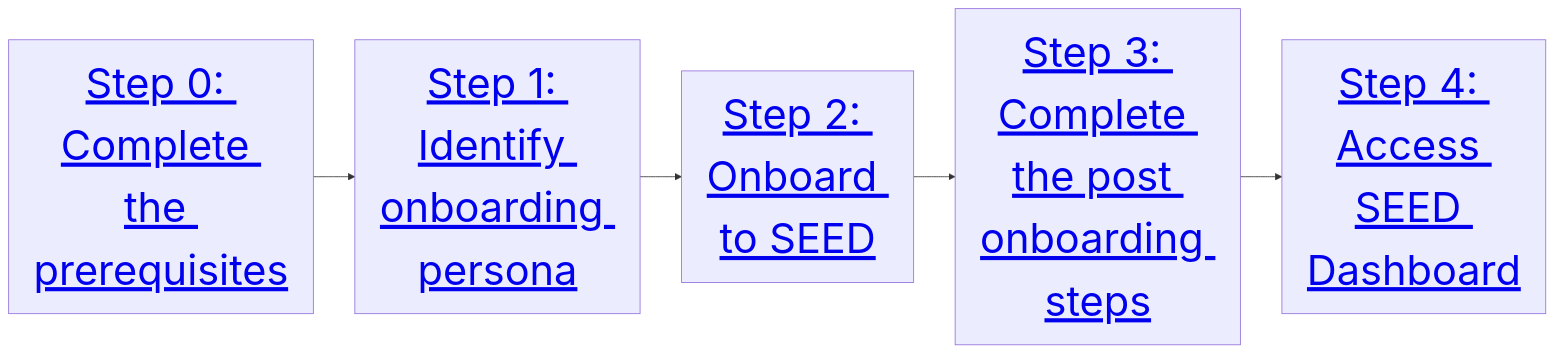
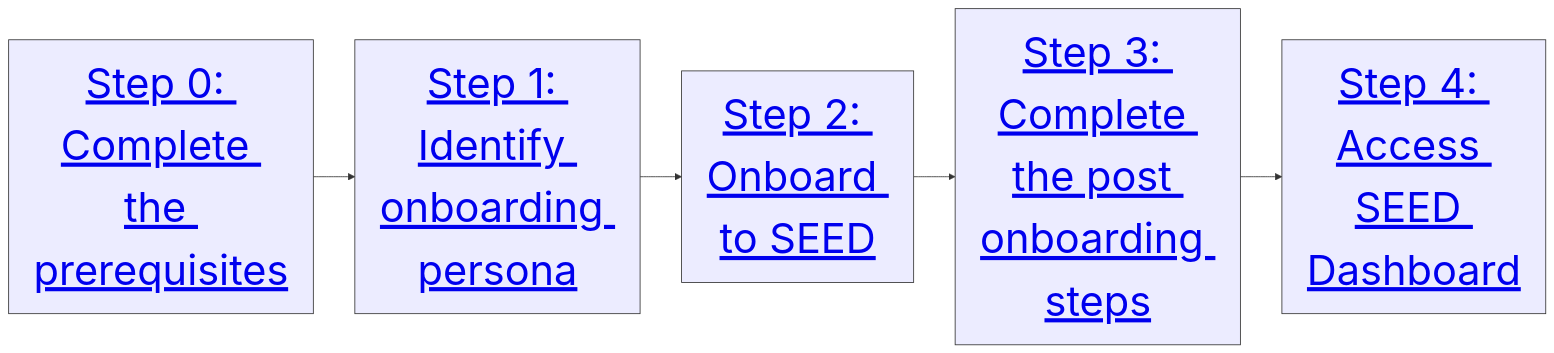
The second of 2 diagrams in getting-started.md (GovTechSG/seed-primer-documentation), drawn with Mermaid before and after one commit.

````diff
--- a/getting-started.md
+++ b/getting-started.md
@@ -20,14 +20,21 @@
 ```mermaid
 %%{init: {'theme': 'default','themeVariables': { 'fontSize': '50px', 'fontFamily': 'Inter', 'width': '800px' }}}%%
 graph LR
     A["<a href='https://docs.developer.tech.gov.sg/docs/staging-seed-primer/getting-started?id=step-0-ensure-you-meet-the-required-prerequisites'>Step 0: Complete the prerequisites</a>"]
     B["<a href='https://docs.developer.tech.gov.sg/docs/staging-seed-primer/getting-started?id=step-1-identify-your-onboarding-persona'>Step 1: Identify onboarding persona</a>"]
     C["<a href='https://docs.developer.tech.gov.sg/docs/staging-seed-primer/getting-started?id=step-2-onboard-device-to-seed'>Step 2: Onboard to SEED</a>"]
     D["<a href='https://docs.developer.tech.gov.sg/docs/staging-seed-primer/post-onboarding-steps'>Step 3: Complete the post onboarding steps</a>"]
     E["<a href='https://docs.developer.tech.gov.sg/docs/staging-seed-primer/dashboard'>Step 4: Access SEED Dashboard</a>"]
+
+    style A  stroke:#333, max-width: 200px;
+    style B  stroke:#333, max-width: 200px;
+    style C  stroke:#333, max-width: 200px;
+    style D  stroke:#333, max-width: 200px;
+    style E  stroke:#333, max-width: 200px;
+    
     A --> B
     B --> C
     C --> D
     D --> E
 
 ```
````
